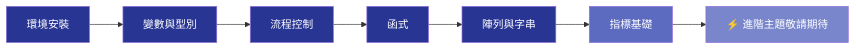
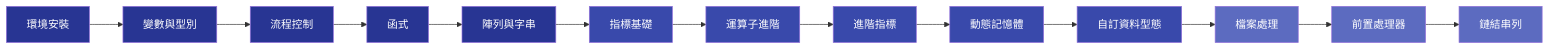
The diagram in c/index.md (MiaoTWWW/python-teaching), drawn with Mermaid before and after one commit. The commit also changed other lines of this file and 11 other files, not shown here.

````diff
--- a/c/index.md
+++ b/c/index.md
@@ -33,17 +40,29 @@
 ```mermaid
 flowchart LR
   A[環境安裝] --> B[變數與型別]
   B --> C[流程控制]
   C --> D[函式]
   D --> E[陣列與字串]
   E --> F[指標基礎]
-  F --> G[⚡ 進階主題敬請期待]
+  F --> G[運算子進階]
+  G --> H[進階指標]
+  H --> I[動態記憶體]
+  I --> J[自訂資料型態]
+  J --> K[檔案處理]
+  K --> L[前置處理器]
+  L --> M[鏈結串列]
   
   style A fill:#283593,color:#fff
   style B fill:#283593,color:#fff
   style C fill:#283593,color:#fff
   style D fill:#283593,color:#fff
   style E fill:#283593,color:#fff
-  style F fill:#5C6BC0,color:#fff
-  style G fill:#7986CB,color:#fff
+  style F fill:#3949AB,color:#fff
+  style G fill:#3949AB,color:#fff
+  style H fill:#3949AB,color:#fff
+  style I fill:#3949AB,color:#fff
+  style J fill:#3949AB,color:#fff
+  style K fill:#5C6BC0,color:#fff
+  style L fill:#5C6BC0,color:#fff
+  style M fill:#5C6BC0,color:#fff
 ```
````
